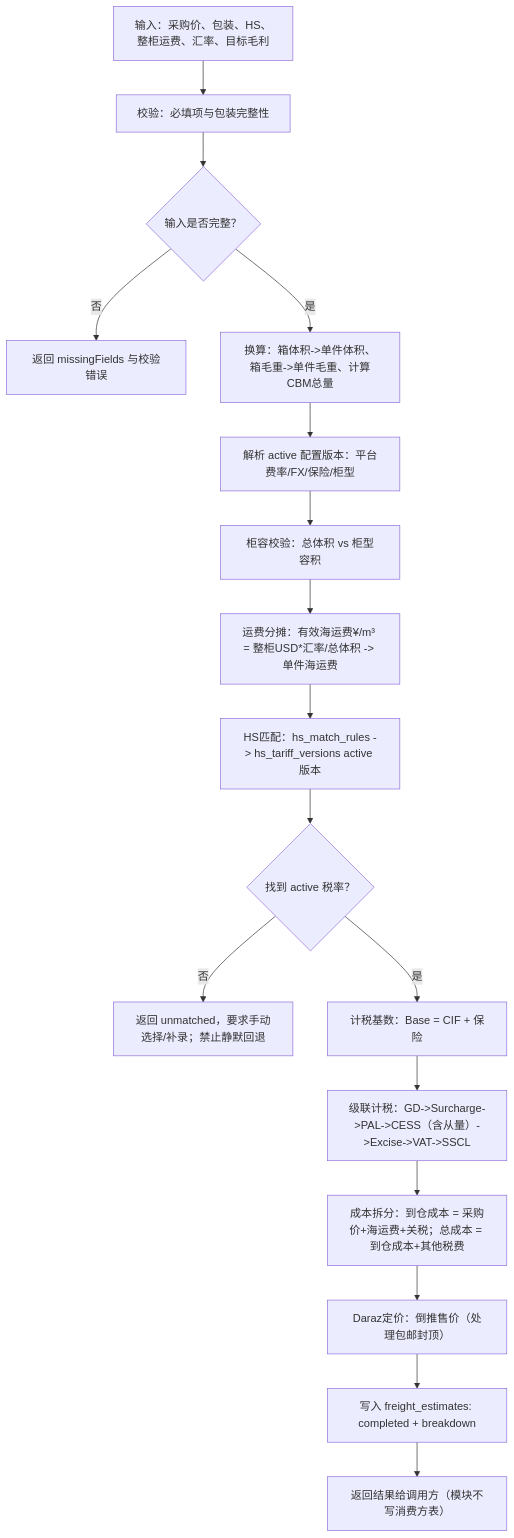
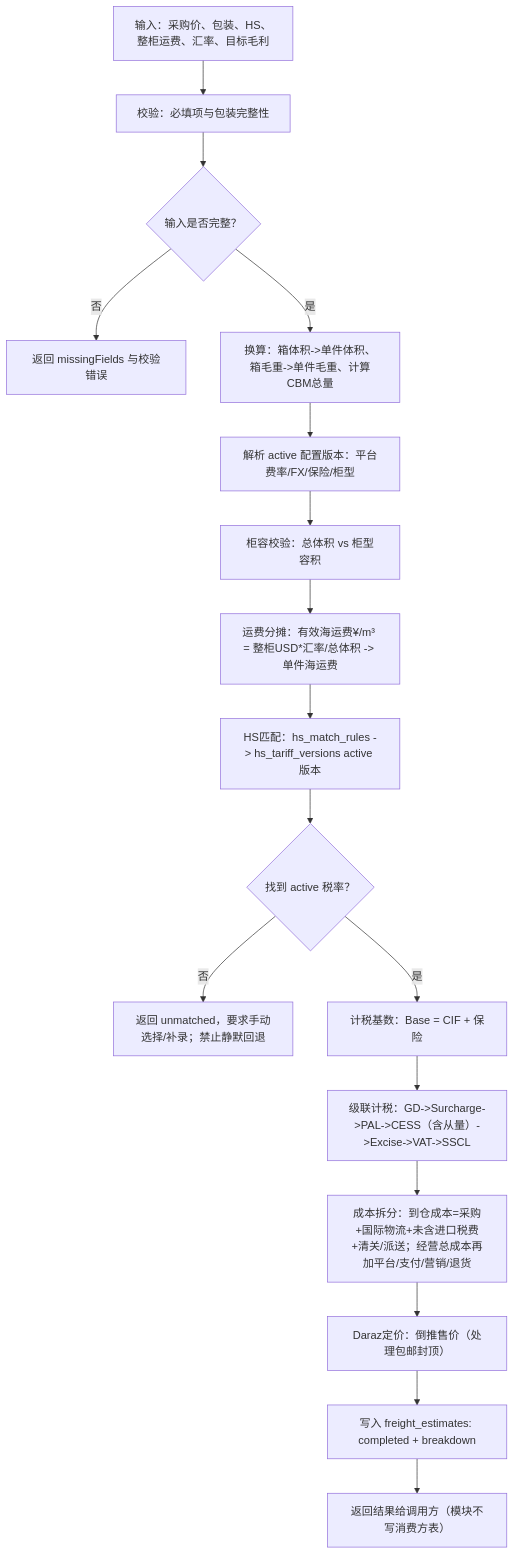
One commit to metacode0602/vercelai-kaijing changed the third of 9 diagrams in docs/design/freight-estimation-design.md. Above: the diagram before and after it, drawn with Mermaid. The commit also changed other lines of this file and 7 other files, not shown here.

````diff
--- a/docs/design/freight-estimation-design.md
+++ b/docs/design/freight-estimation-design.md
@@ -864,19 +891,19 @@
 ```mermaid
 flowchart TD
   A[输入：采购价、包装、HS、整柜运费、汇率、目标毛利] --> B[校验：必填项与包装完整性]
   B --> C{输入是否完整？}
   C -- 否 --> C1[返回 missingFields 与校验错误]
   C -- 是 --> D[换算：箱体积->单件体积、箱毛重->单件毛重、计算CBM总量]
   D --> D1[解析 active 配置版本：平台费率/FX/保险/柜型]
   D1 --> E[柜容校验：总体积 vs 柜型容积]
   E --> F[运费分摊：有效海运费¥/m³ = 整柜USD*汇率/总体积 -> 单件海运费]
   F --> G[HS匹配：hs_match_rules -> hs_tariff_versions active 版本]
   G --> G1{找到 active 税率？}
   G1 -- 否 --> G2[返回 unmatched，要求手动选择/补录；禁止静默回退]
   G1 -- 是 --> H[计税基数：Base = CIF + 保险]
   H --> I[级联计税：GD->Surcharge->PAL->CESS（含从量）->Excise->VAT->SSCL]
-  I --> J[成本拆分：到仓成本 = 采购价+海运费+关税；总成本 = 到仓成本+其他税费]
+  I --> J[成本拆分：到仓成本=采购+国际物流+未含进口税费+清关/派送；经营总成本再加平台/支付/营销/退货]
   J --> K[Daraz定价：倒推售价（处理包邮封顶）]
   K --> L[写入 freight_estimates: completed + breakdown]
   L --> M[返回结果给调用方（模块不写消费方表）]
 ```
````
